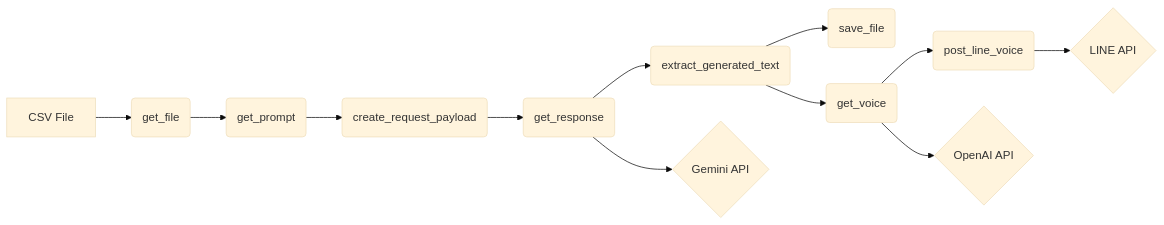
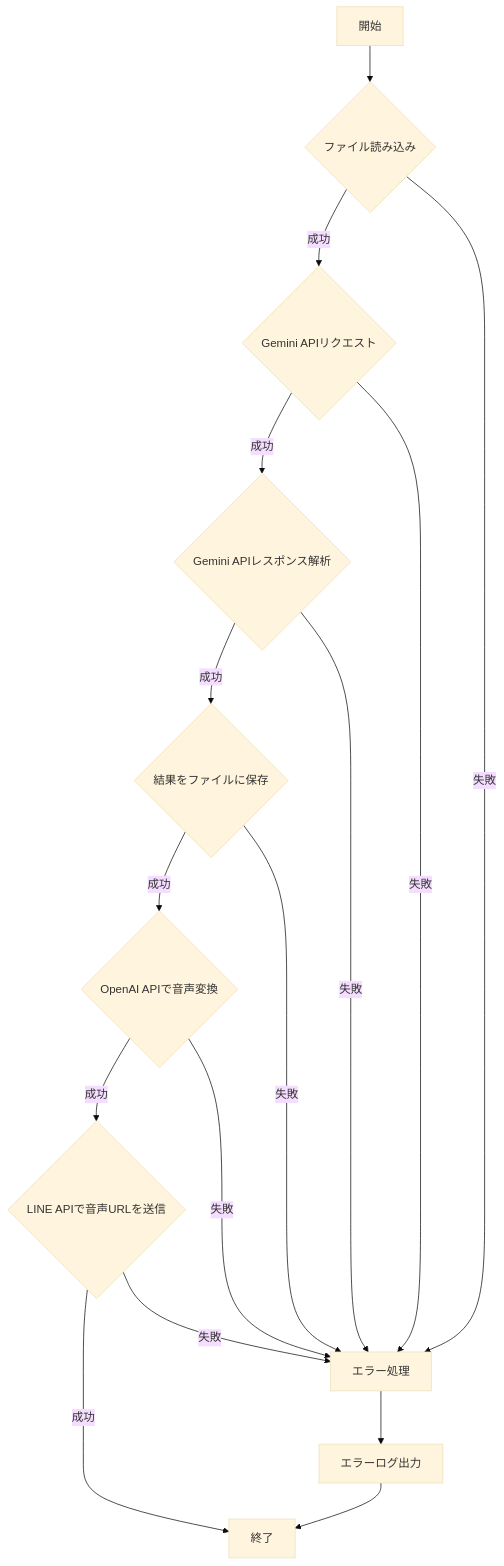
Before and after one commit to hgssnk/turing-soul: the third of 3 diagrams in README.md, drawn with Mermaid (base theme). The commit also changed other lines of this file, not shown here.

Commit message:
chore: update README from Gemini

````diff
--- a/README.md
+++ b/README.md
@@ -10,14 +75,18 @@
 ```mermaid
-graph LR
-    A[CSV File] --> B(get_file);
-    B --> C(get_prompt);
-    C --> D(create_request_payload);
-    D --> E(get_response);
-    E --> F(extract_generated_text);
-    F --> G(save_file);
-    F --> H(get_voice);
-    H --> I(post_line_voice);
-    E --> J{Gemini API};
-    H --> K{OpenAI API};
-    I --> L{LINE API};
+graph TD
+    A[開始] --> B{ファイル読み込み};
+    B -- 成功 --> C{Gemini APIリクエスト};
+    B -- 失敗 --> E[エラー処理];
+    C -- 成功 --> D{Gemini APIレスポンス解析};
+    C -- 失敗 --> E;
+    D -- 成功 --> F{結果をファイルに保存};
+    D -- 失敗 --> E;
+    F -- 成功 --> G{OpenAI APIで音声変換};
+    F -- 失敗 --> E;
+    G -- 成功 --> H{LINE APIで音声URLを送信};
+    G -- 失敗 --> E;
+    H -- 成功 --> I[終了];
+    H -- 失敗 --> E;
+    E --> J[エラーログ出力];
+    J --> I;
 ```
````
